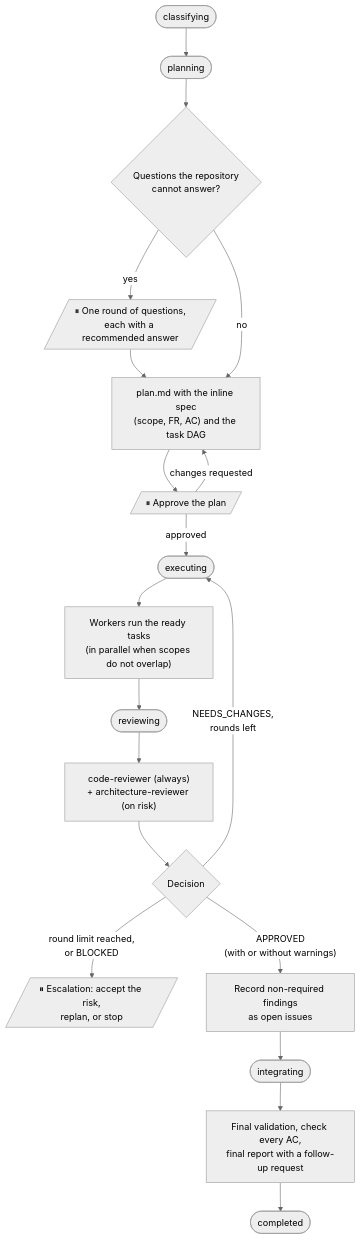
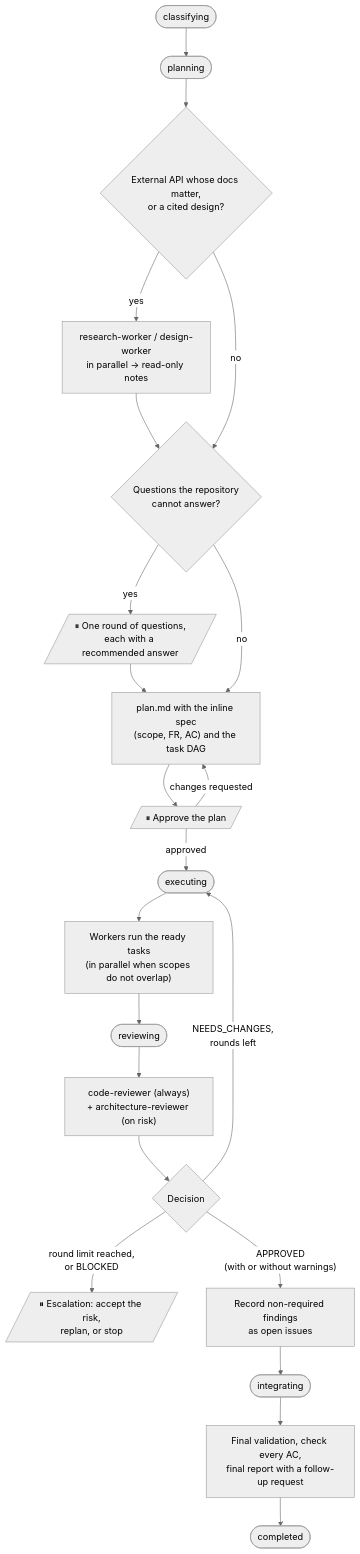
The third of 6 diagrams in docs/guide/workflows.md (leoarkiteto/ai-software-factory-kit), drawn with Mermaid (neutral theme) before and after one commit. The commit also changed other lines of this file and 17 other files, not shown here.

First line of the commit message:
Show the research and design workers in the diagrams

````diff
--- a/docs/guide/workflows.md
+++ b/docs/guide/workflows.md
@@ -64,21 +67,24 @@
 ```mermaid
 flowchart TD
     S(["classifying"]) --> P(["planning"])
-    P --> Q1{"Questions the repository<br/>cannot answer?"}
+    P --> RQ{"External API whose docs matter,<br/>or a cited design?"}
+    RQ -- yes --> RB["research-worker / design-worker<br/>in parallel → read-only notes"]
+    RB --> Q1
+    RQ -- no --> Q1{"Questions the repository<br/>cannot answer?"}
     Q1 -- yes --> U1[/"⏸ One round of questions,<br/>each with a recommended answer"/]
     U1 --> PL
     Q1 -- no --> PL["plan.md with the inline spec<br/>(scope, FR, AC) and the task DAG"]
     PL --> U2[/"⏸ Approve the plan"/]
     U2 -- "changes requested" --> PL
     U2 -- approved --> E(["executing"])
     E --> W["Workers run the ready tasks<br/>(in parallel when scopes do not overlap)"]
     W --> RV(["reviewing"])
     RV --> CR["code-reviewer (always)<br/>+ architecture-reviewer (on risk)"]
     CR --> D{"Decision"}
     D -- "NEEDS_CHANGES,<br/>rounds left" --> E
     D -- "round limit reached,<br/>or BLOCKED" --> U3[/"⏸ Escalation: accept the risk,<br/>replan, or stop"/]
     D -- "APPROVED<br/>(with or without warnings)" --> FU["Record non-required findings<br/>as open issues"]
     FU --> IN(["integrating"])
     IN --> AC["Final validation, check every AC,<br/>final report with a follow-up request"]
     AC --> C(["completed"])
 ```
````
